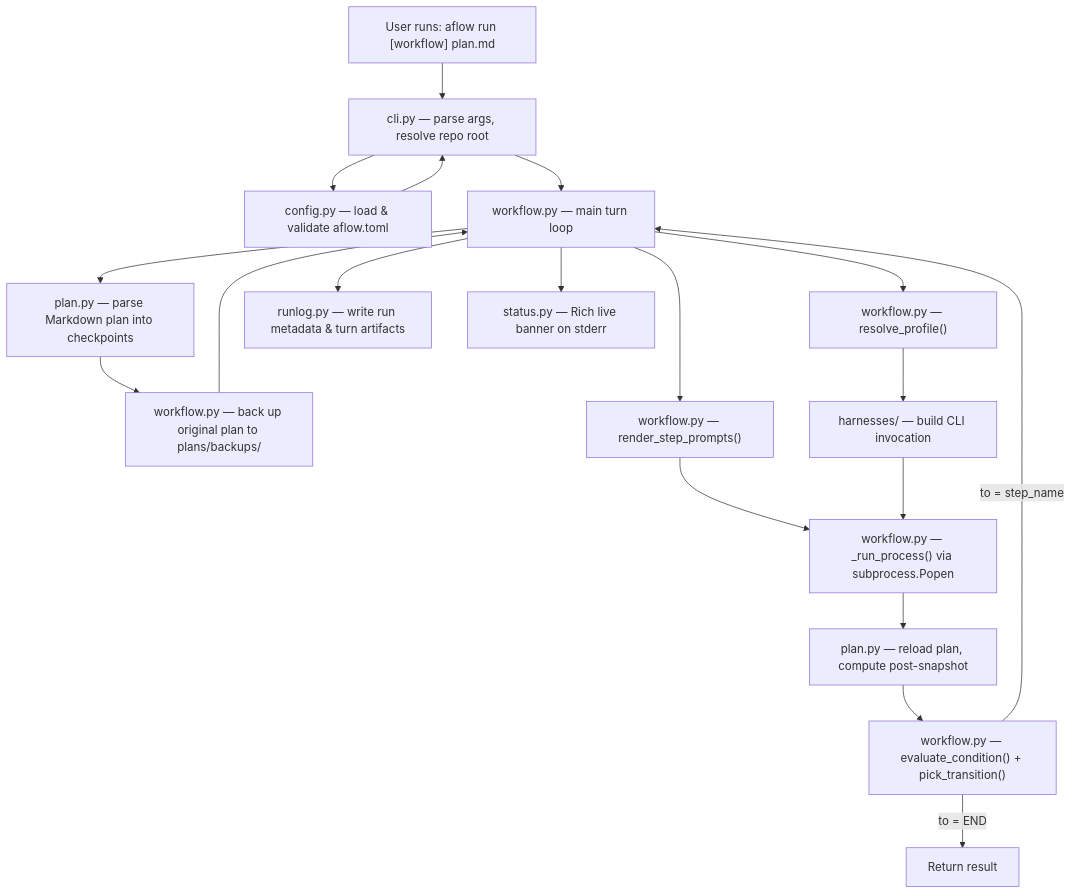
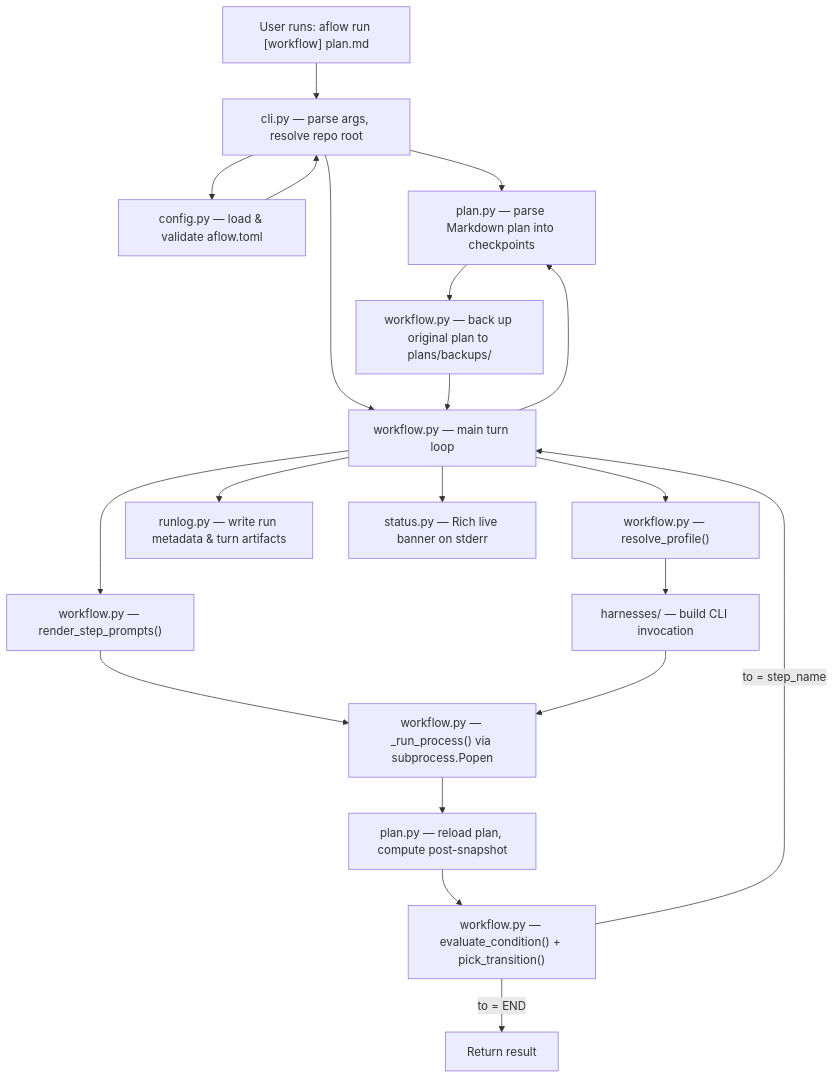
Before and after one commit to evrenesat/agent_flow: the diagram in ARCHITECTURE.md, drawn with Mermaid. The commit also changed other lines of this file and 1 other file, not shown here.

````diff
--- a/ARCHITECTURE.md
+++ b/ARCHITECTURE.md
@@ -7,36 +7,37 @@
 ```mermaid
 flowchart TD
     User["User runs: aflow run [workflow] plan.md"]
     CLI["cli.py — parse args, resolve repo root"]
     Config["config.py — load & validate aflow.toml"]
     PlanParse["plan.py — parse Markdown plan into checkpoints"]
     Backup["workflow.py — back up original plan to plans/backups/"]
     WorkflowLoop["workflow.py — main turn loop"]
     PromptRender["workflow.py — render_step_prompts()"]
     Profile["workflow.py — resolve_profile()"]
     Adapter["harnesses/ — build CLI invocation"]
     Subprocess["workflow.py — _run_process() via subprocess.Popen"]
     PlanReload["plan.py — reload plan, compute post-snapshot"]
     Transition["workflow.py — evaluate_condition() + pick_transition()"]
     RunLog["runlog.py — write run metadata & turn artifacts"]
     Banner["status.py — Rich live banner on stderr"]
 
     User --> CLI
     CLI --> Config
     Config --> CLI
+    CLI --> PlanParse
     CLI --> WorkflowLoop
     WorkflowLoop --> PlanParse
     PlanParse --> Backup
     Backup --> WorkflowLoop
     WorkflowLoop --> PromptRender
     WorkflowLoop --> Profile
     Profile --> Adapter
     PromptRender --> Subprocess
     Adapter --> Subprocess
     Subprocess --> PlanReload
     PlanReload --> Transition
     Transition -->|"to = step_name"| WorkflowLoop
     Transition -->|"to = END"| Done["Return result"]
     WorkflowLoop --> RunLog
     WorkflowLoop --> Banner
 ```
````
